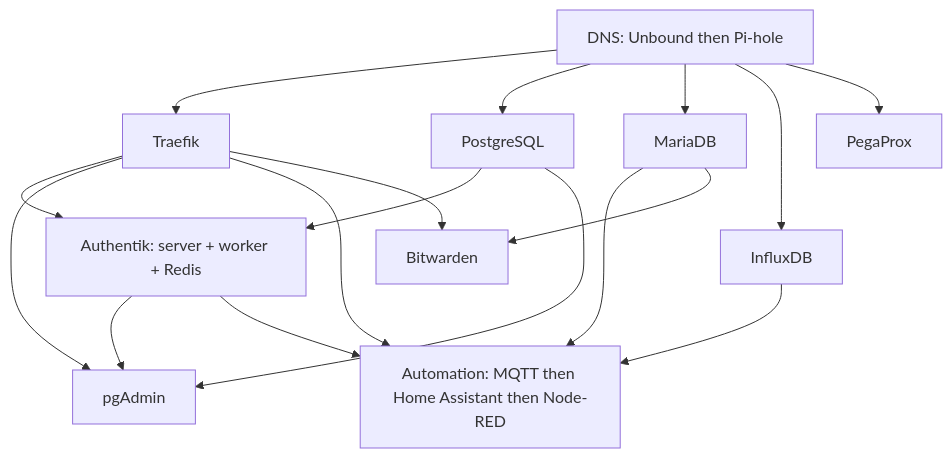
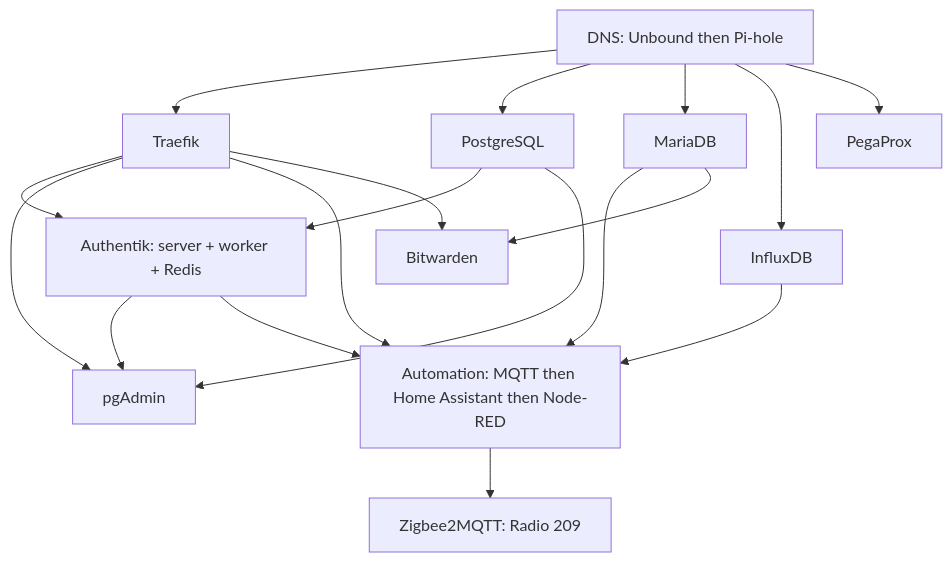
The diagram in README.md (theaussiepom/homelab-stack), drawn with Mermaid before and after one commit. The commit also changed other lines of this file and 9 other files, not shown here.

Commit message:
Compose active Radio 209 and derive MQTT service bindings

````diff
--- a/README.md
+++ b/README.md
@@ -13,19 +13,20 @@
 ```mermaid
 flowchart TD
   DNS[DNS: Unbound then Pi-hole] --> Ingress[Traefik]
   DNS --> PG[PostgreSQL]
   DNS --> Maria[MariaDB]
   DNS --> Influx[InfluxDB]
   DNS --> Pega[PegaProx]
   PG --> Auth[Authentik: server + worker + Redis]
   Ingress --> Auth
   PG --> Admin[pgAdmin]
   Auth --> Admin
   Ingress --> Admin
   Ingress --> Auto[Automation: MQTT then Home Assistant then Node-RED]
   Auth --> Auto
   Maria --> Auto
   Influx --> Auto
+  Auto --> Radio[Zigbee2MQTT: Radio 209]
   Maria --> Vault[Bitwarden]
   Ingress --> Vault
 ```
````
